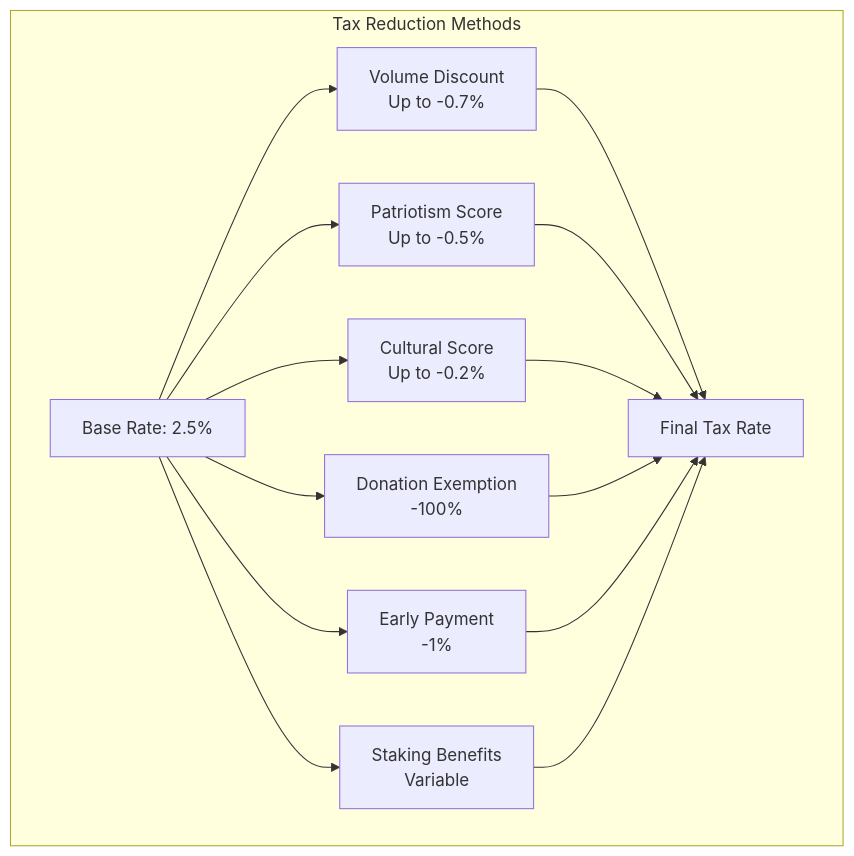
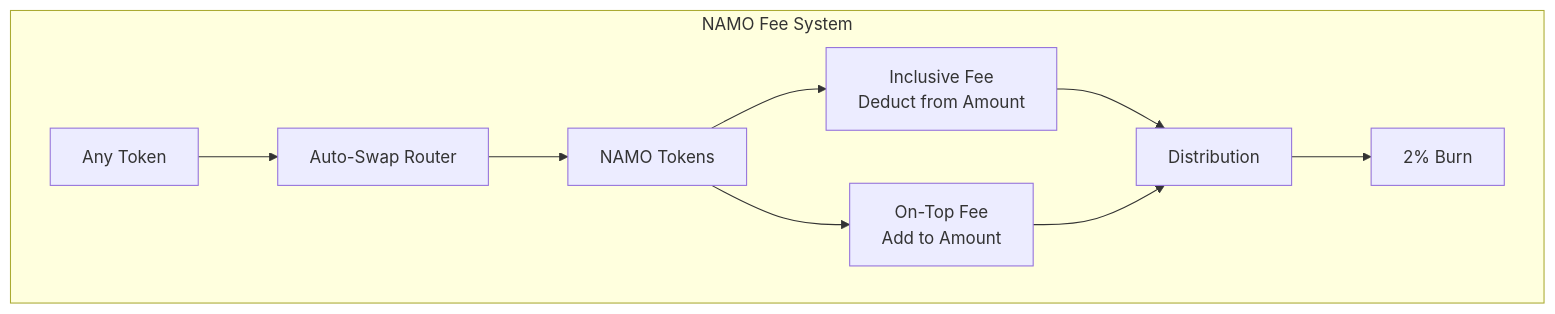
One commit to DeshChain/DeshChain-Ecosystem changed the sixth of 9 diagrams in docs/modules/TAX_MODULE.md. Above: the diagram before and after it, drawn with Mermaid. The commit also changed other lines of this file and 32 other files, not shown here.

````diff
--- a/docs/modules/TAX_MODULE.md
+++ b/docs/modules/TAX_MODULE.md
@@ -133,18 +141,13 @@
 ```mermaid
 graph TB
-    subgraph "Tax Reduction Methods"
-        BASE[Base Rate: 2.5%] --> VOLUME[Volume Discount<br/>Up to -0.7%]
-        BASE --> PATRIOT[Patriotism Score<br/>Up to -0.5%]
-        BASE --> CULTURE[Cultural Score<br/>Up to -0.2%]
-        BASE --> DONATION[Donation Exemption<br/>-100%]
-        BASE --> EARLY[Early Payment<br/>-1%]
-        BASE --> STAKE[Staking Benefits<br/>Variable]
+    subgraph "NAMO Fee System"
+        ANY[Any Token] --> ROUTER[Auto-Swap Router]
+        ROUTER --> NAMO[NAMO Tokens]
+        NAMO --> INCLUSIVE[Inclusive Fee<br/>Deduct from Amount]
+        NAMO --> ONTOP[On-Top Fee<br/>Add to Amount]
         
-        VOLUME --> FINAL[Final Tax Rate]
-        PATRIOT --> FINAL
-        CULTURE --> FINAL
-        DONATION --> FINAL
-        EARLY --> FINAL
-        STAKE --> FINAL
+        INCLUSIVE --> DIST[Distribution]
+        ONTOP --> DIST
+        DIST --> BURN[2% Burn]
     end
 ```
````
